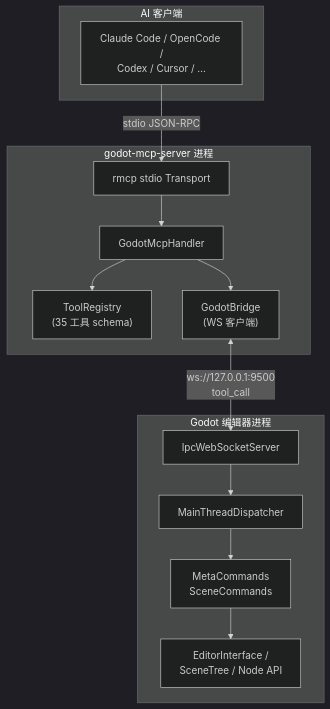
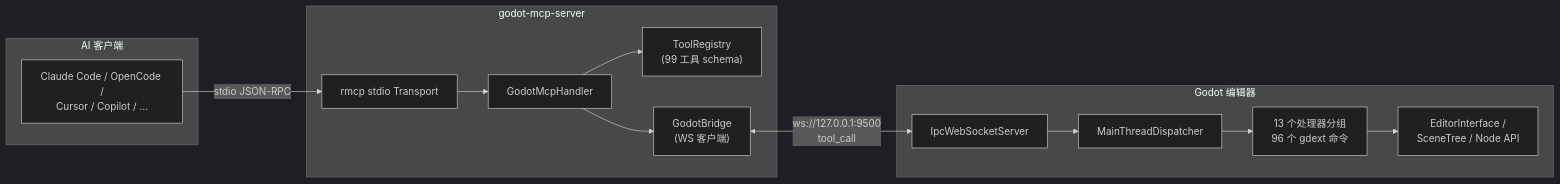
The diagram in README.zh-CN.md (jesspig/GodotMCP-GDExtension), drawn with Mermaid (dark theme) before and after one commit. The commit also changed other lines of this file and 2 other files, not shown here.

````diff
--- a/README.zh-CN.md
+++ b/README.zh-CN.md
@@ -13,29 +13,29 @@
 ```mermaid
-graph TD
+graph LR
     subgraph AI["AI 客户端"]
-        Client["Claude Code / OpenCode /<br/>Codex / Cursor / …"]
+        Client["Claude Code / OpenCode /<br/>Cursor / Copilot / …"]
     end
 
-    subgraph ServerProc["godot-mcp-server 进程"]
+    subgraph ServerProc["godot-mcp-server"]
         Stdio["rmcp stdio Transport"]
         Handler["GodotMcpHandler"]
-        Registry["ToolRegistry<br/>(35 工具 schema)"]
+        Registry["ToolRegistry<br/>(99 工具 schema)"]
         Bridge["GodotBridge<br/>(WS 客户端)"]
     end
 
-    subgraph GodotProc["Godot 编辑器进程"]
+    subgraph GodotProc["Godot 编辑器"]
         WS["IpcWebSocketServer"]
         Dispatcher["MainThreadDispatcher"]
-        Commands["MetaCommands<br/>SceneCommands"]
+        Commands["13 个处理器分组<br/>96 个 gdext 命令"]
         Editor["EditorInterface /<br/>SceneTree / Node API"]
     end
 
     Client -->|stdio JSON-RPC| Stdio
     Stdio --> Handler
     Handler --> Registry
     Handler --> Bridge
     Bridge <-->|ws://127.0.0.1:9500<br/>tool_call| WS
     WS --> Dispatcher
     Dispatcher --> Commands
     Commands --> Editor
 ```
````
